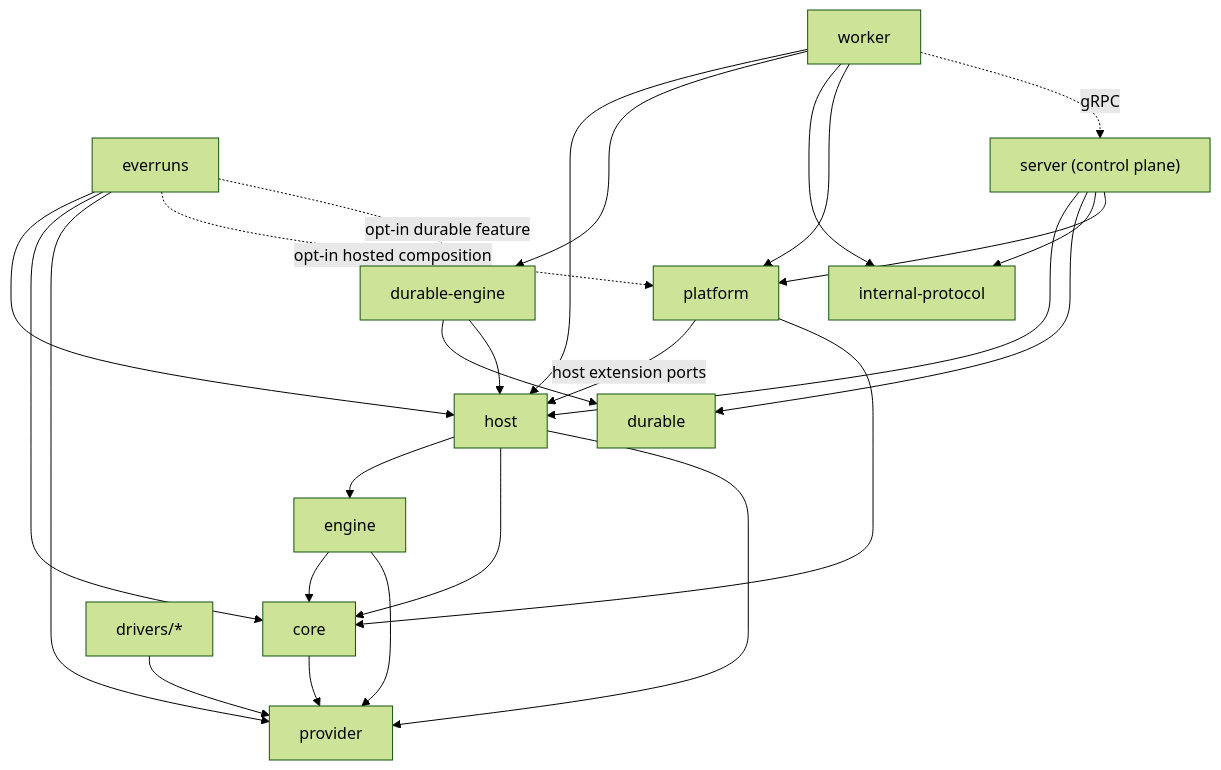
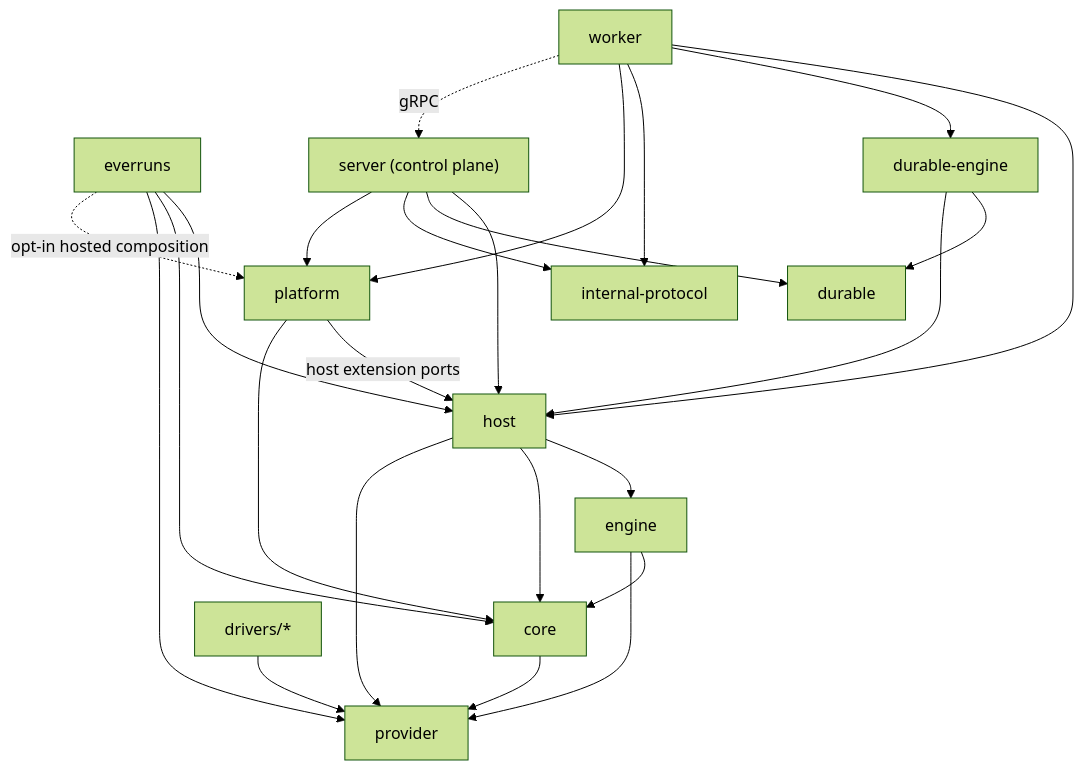
One commit to everruns/everruns changed the second of 3 diagrams in knowledge/foundations/architecture.md. Above: the diagram before and after it, drawn with Mermaid (forest theme). The commit also changed other lines of this file and 36 other files, not shown here.

First line of the commit message:
feat(framework): sessions run as leased actors; retire the facade durable feature (#4512)

````diff
--- a/knowledge/foundations/architecture.md
+++ b/knowledge/foundations/architecture.md
@@ -159,41 +159,40 @@
 ```mermaid
 graph TD
     provider[provider]
     core[core]
     engine[engine]
     platform[platform]
     host[host]
     framework[everruns]
     drivers[drivers/*]
     protocol[internal-protocol]
     durable[durable]
     durableEngine[durable-engine]
     worker[worker]
     server["server (control plane)"]
 
     core --> provider
     engine --> core
     engine --> provider
     host --> engine
     host --> core
     host --> provider
     platform -->|host extension ports| host
     platform --> core
     framework --> host
     framework --> core
     framework --> provider
     framework -.->|opt-in hosted composition| platform
     drivers --> provider
     durableEngine --> durable
     durableEngine --> host
-    framework -.->|opt-in durable feature| durableEngine
     worker --> host
     worker --> durableEngine
     worker --> protocol
     worker --> platform
     server --> host
     server --> durable
     server --> protocol
     server --> platform
     worker -.->|gRPC| server
 ```
````
